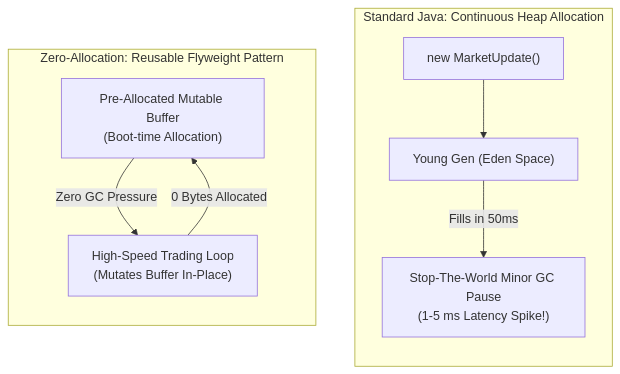
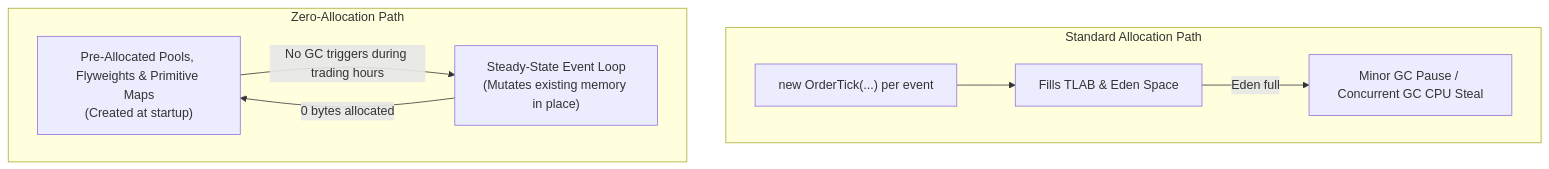
One commit to ravishankar2463/java_hub changed the diagram in content/roadmap/level-15/zero-allocation-java-and-garbage-free-patterns.md. Above: the diagram before and after it, drawn with Mermaid. The commit also changed other lines of this file and 119 other files, not shown here.

Commit message:
feat: add comprehensive java learning roadmap content across multiple levels

````diff
--- a/content/roadmap/level-15/zero-allocation-java-and-garbage-free-patterns.md
+++ b/content/roadmap/level-15/zero-allocation-java-and-garbage-free-patterns.md
@@ -27,16 +20,14 @@
 ```mermaid
 flowchart TD
-    subgraph TraditionalAlloc ["Standard Java: Continuous Heap Allocation"]
-        direction TB
-        A1["new MarketUpdate()"] --> Eden["Young Gen (Eden Space)"]
-        Eden -->|Fills in 50ms| GC_STW["Stop-The-World Minor GC Pause<br/>(1-5 ms Latency Spike!)"]
+    subgraph Standard["Standard Allocation Path"]
+        NewObj["new OrderTick(...) per event"] --> TLAB["Fills TLAB &amp; Eden Space"]
+        TLAB -->|"Eden full"| GC["Minor GC Pause / Concurrent GC CPU Steal"]
     end
 
-    subgraph ZeroAlloc ["Zero-Allocation: Reusable Flyweight Pattern"]
-        direction TB
-        PreAlloc["Pre-Allocated Mutable Buffer<br/>(Boot-time Allocation)"]
-        Loop["High-Speed Trading Loop<br/>(Mutates Buffer In-Place)"]
-        Loop -->|0 Bytes Allocated| PreAlloc
-        PreAlloc -->|Zero GC Pressure| Loop
+    subgraph ZeroAlloc["Zero-Allocation Path"]
+        Boot["Pre-Allocated Pools, Flyweights &amp; Primitive Maps<br/>(Created at startup)"]
+        HotLoop["Steady-State Event Loop<br/>(Mutates existing memory in place)"]
+        HotLoop -->|"0 bytes allocated"| Boot
+        Boot -->|"No GC triggers during trading hours"| HotLoop
     end
 ```
````
